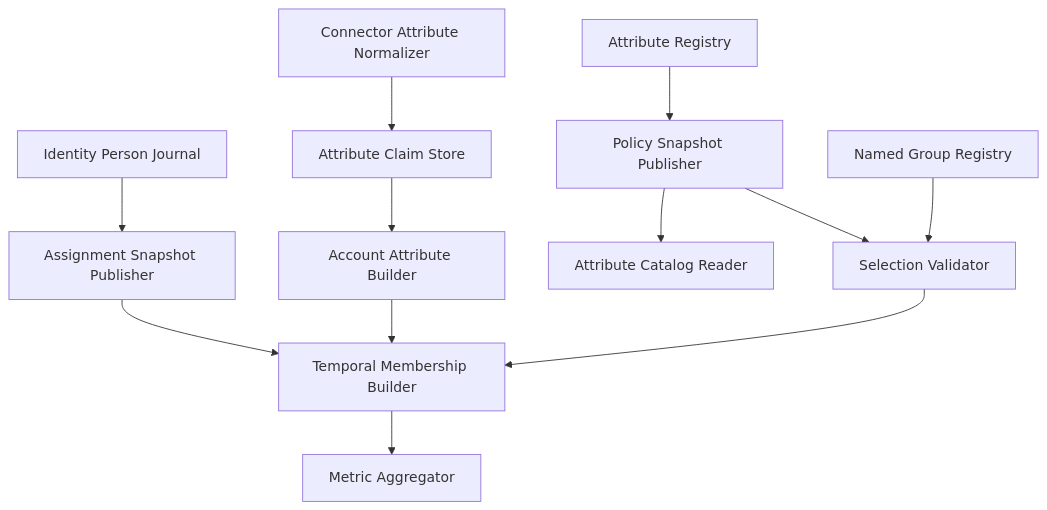
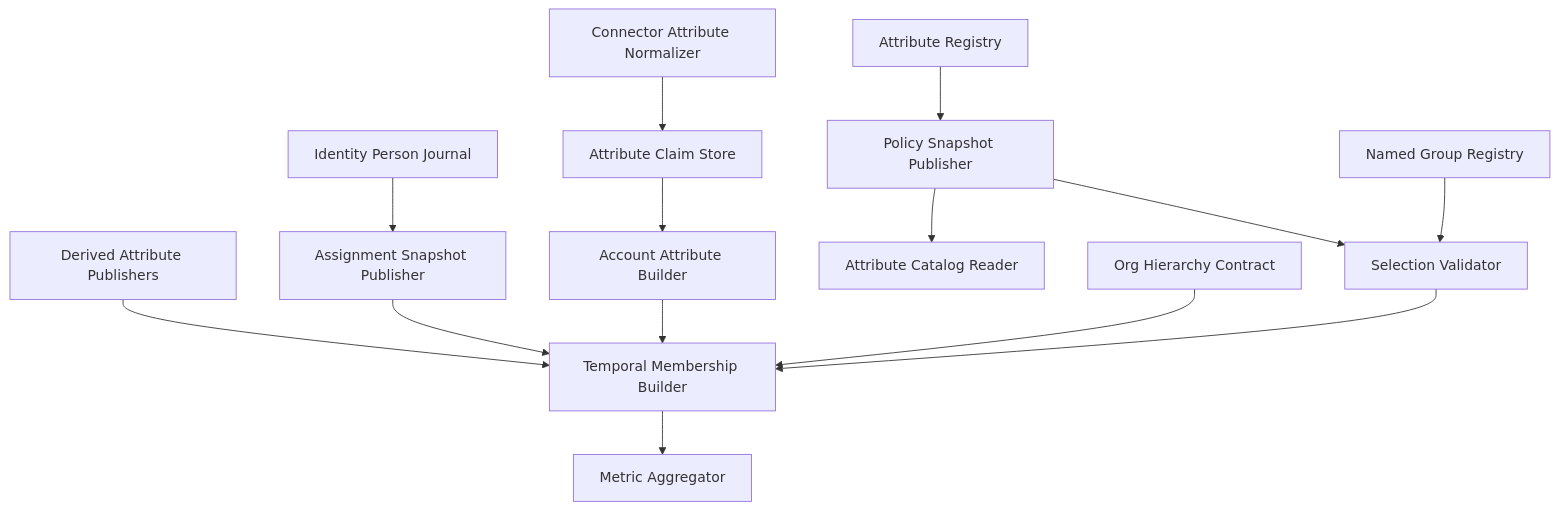
The second of 5 diagrams in docs/domain/person-attributes/specs/DESIGN.md (aleksdotbar/insight), drawn with Mermaid before and after one commit. The commit also changed other lines of this file and 2 other files, not shown here.

````diff
--- a/docs/domain/person-attributes/specs/DESIGN.md
+++ b/docs/domain/person-attributes/specs/DESIGN.md
@@ -287,14 +294,16 @@
 ```mermaid
 flowchart TB
     NORMALIZER["Connector Attribute Normalizer"] --> CLAIMSTORE["Attribute Claim Store"]
+    DERIVED["Derived Attribute Publishers"] --> MEMBERSHIP["Temporal Membership Builder"]
     REGISTRY["Attribute Registry"] --> POLPUB["Policy Snapshot Publisher"]
     PERSONS["Identity Person Journal"] --> ASSIGNPUB["Assignment Snapshot Publisher"]
     CLAIMSTORE --> VALUEBUILDER["Account Attribute Builder"]
     POLPUB --> CATALOG["Attribute Catalog Reader"]
     POLPUB --> SELECTOR["Selection Validator"]
-    ASSIGNPUB --> MEMBERSHIP["Temporal Membership Builder"]
+    ASSIGNPUB --> MEMBERSHIP
     VALUEBUILDER --> MEMBERSHIP
+    HIERARCHY["Org Hierarchy Contract"] --> MEMBERSHIP
     GROUPREG["Named Group Registry"] --> SELECTOR
     SELECTOR --> MEMBERSHIP
     MEMBERSHIP --> AGG["Metric Aggregator"]
 ```
````
